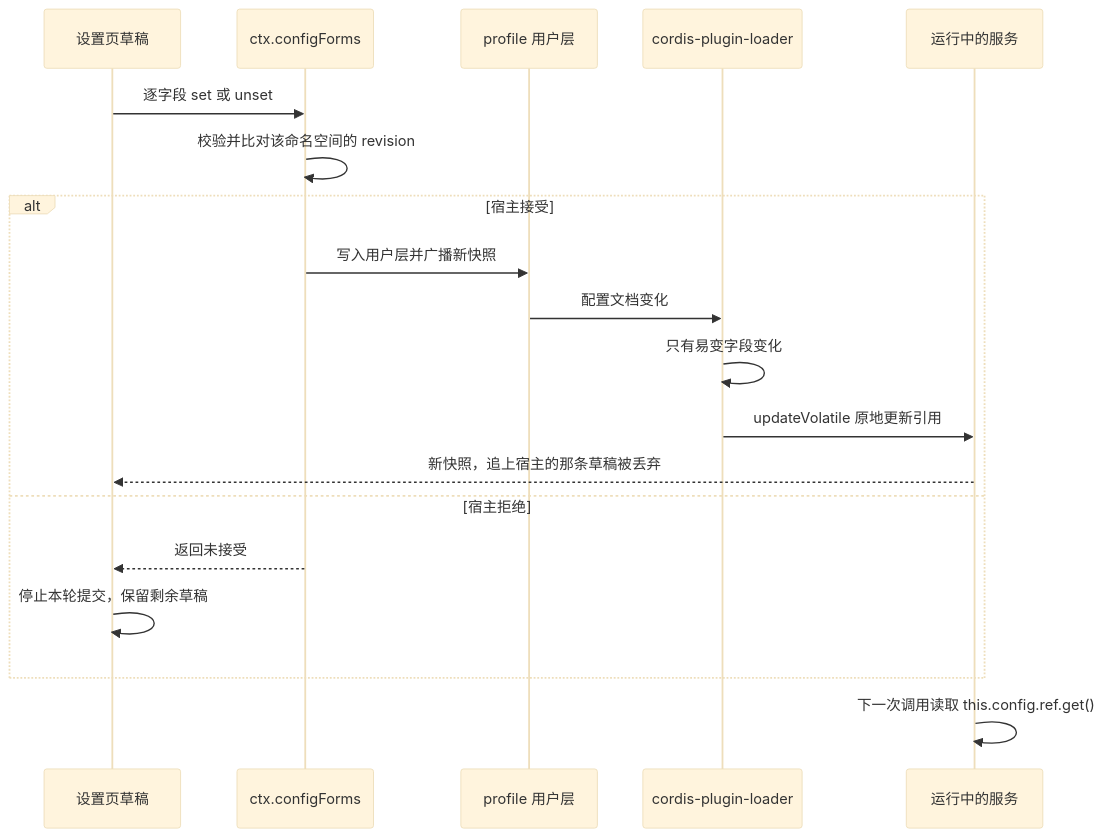
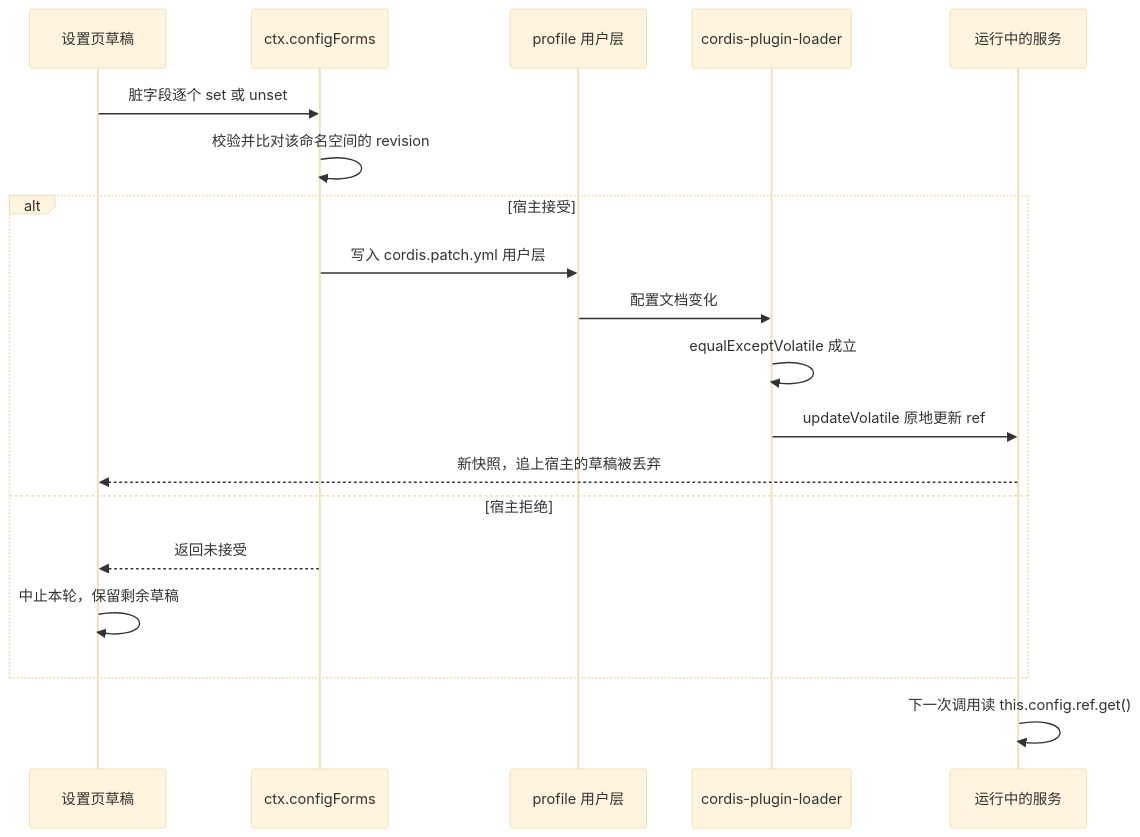
The first of 2 diagrams in openwiki/concepts/configuration-and-live-settings.md (zhangj1164/dsh-mega-plugins), drawn with Mermaid (base theme) before and after one commit. The commit also changed other lines of this file and 62 other files, not shown here.

````diff
--- a/openwiki/concepts/configuration-and-live-settings.md
+++ b/openwiki/concepts/configuration-and-live-settings.md
@@ -25,21 +75,21 @@
 ```mermaid
 sequenceDiagram
   participant Page as 设置页草稿
   participant Forms as ctx.configForms
   participant Doc as profile 用户层
   participant Loader as cordis-plugin-loader
   participant Svc as 运行中的服务
-  Page->>Forms: 逐字段 set 或 unset
+  Page->>Forms: 脏字段逐个 set 或 unset
   Forms->>Forms: 校验并比对该命名空间的 revision
   alt 宿主接受
-    Forms->>Doc: 写入用户层并广播新快照
+    Forms->>Doc: 写入 cordis.patch.yml 用户层
     Doc->>Loader: 配置文档变化
-    Loader->>Loader: 只有易变字段变化
-    Loader->>Svc: updateVolatile 原地更新引用
-    Svc-->>Page: 新快照，追上宿主的那条草稿被丢弃
+    Loader->>Loader: equalExceptVolatile 成立
+    Loader->>Svc: updateVolatile 原地更新 ref
+    Svc-->>Page: 新快照，追上宿主的草稿被丢弃
   else 宿主拒绝
     Forms-->>Page: 返回未接受
-    Page->>Page: 停止本轮提交，保留剩余草稿
+    Page->>Page: 中止本轮，保留剩余草稿
   end
-  Svc->>Svc: 下一次调用读取 this.config.ref.get()
+  Svc->>Svc: 下一次调用读 this.config.ref.get()
 ```
````
